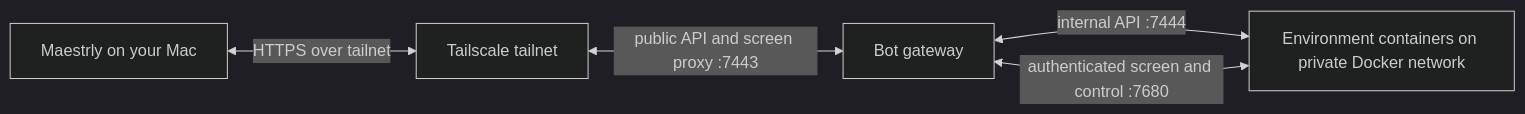
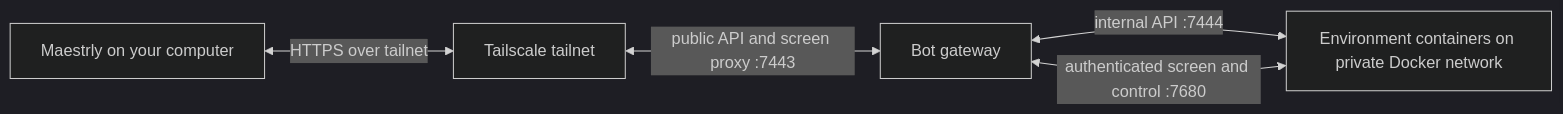
Before and after one commit to antonioducs/maestrly-app: the diagram in docs/bot-fleet.md, drawn with Mermaid (dark theme). The commit also changed other lines of this file and 16 other files, not shown here.

First line of the commit message:
fix(desktop): name the computer Maestrly runs on instead of "Mac"

````diff
--- a/docs/bot-fleet.md
+++ b/docs/bot-fleet.md
@@ -7,7 +7,7 @@
 ```mermaid
 flowchart LR
-  Mac[Maestrly on your Mac] <-->|HTTPS over tailnet| Tailnet[Tailscale tailnet]
+  Desktop[Maestrly on your computer] <-->|HTTPS over tailnet| Tailnet[Tailscale tailnet]
   Tailnet <-->|public API and screen proxy :7443| Gateway[Bot gateway]
   Gateway <-->|internal API :7444| Environments[Environment containers on private Docker network]
   Environments <-->|authenticated screen and control :7680| Gateway
 ```
````
